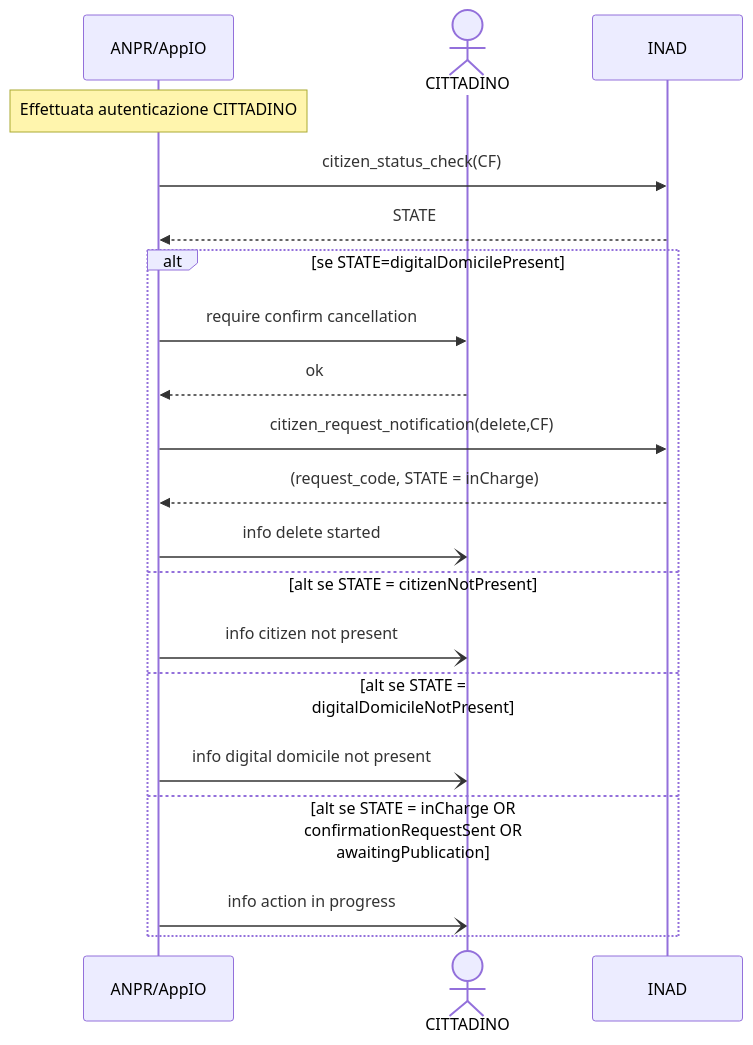
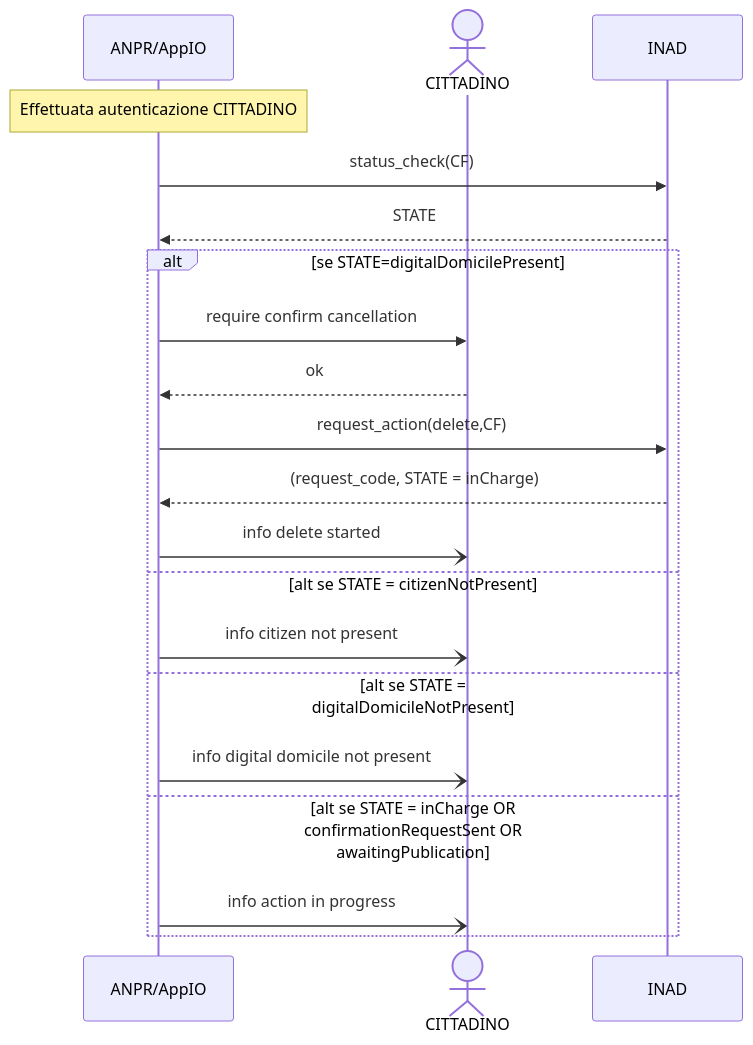
Before and after one commit to ioggstream/verify_integration_INAD_with_ANPR-IO: the diagram in mermind/UC004.md, drawn with Mermaid. The commit also changed 11 other files, not shown here.

````diff
--- a/mermind/UC004.md
+++ b/mermind/UC004.md
@@ -3,29 +3,29 @@
 ```mermaid
  sequenceDiagram
   participant A as ANPR/AppIO
   actor C as CITTADINO
   participant I as INAD
 
   Note over A: Effettuata autenticazione CITTADINO
 
-  A ->> I: citizen_status_check(CF)
+  A ->> I: status_check(CF)
   I -->> A: STATE
 
   alt se STATE=digitalDomicilePresent 
     A ->> C: require confirm cancellation
     C -->> A: ok
-    A ->> I: citizen_request_notification(delete,CF)
+    A ->> I: request_action(delete,CF)
     I -->> A: (request_code, STATE = inCharge)
     A -) C: info delete started
   
   else alt se STATE = citizenNotPresent
     A -) C: info citizen not present
 
   else alt se STATE = digitalDomicileNotPresent
     A -) C: info digital domicile not present
 
   else alt se STATE = inCharge OR confirmationRequestSent OR awaitingPublication
     A -) C: info action in progress
 
   end
 ```
````
